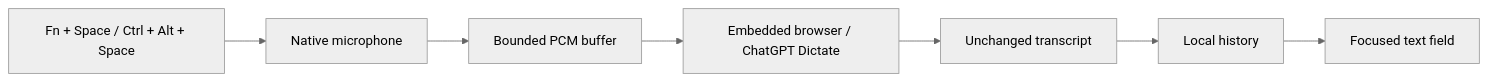
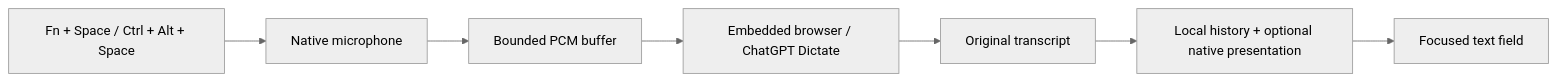
Before and after one commit to rachitkothadia/FlowGPT: the diagram in README.md, drawn with Mermaid (neutral theme). The commit also changed other lines of this file and 12 other files, not shown here.

````diff
--- a/README.md
+++ b/README.md
@@ -137,9 +139,9 @@
 ```mermaid
 flowchart LR
     A[Fn + Space / Ctrl + Alt + Space] --> B[Native microphone]
     B --> C[Bounded PCM buffer]
     C --> D[Embedded browser / ChatGPT Dictate]
-    D --> E[Unchanged transcript]
-    E --> F[Local history]
+    D --> E[Original transcript]
+    E --> F[Local history + optional native presentation]
     F --> G[Focused text field]
 ```
````
